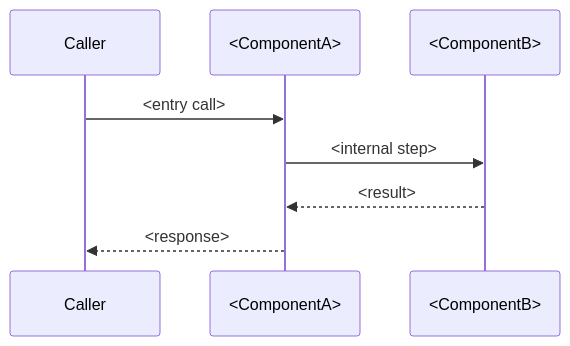
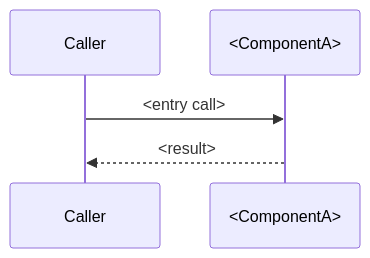
The third of 4 diagrams in docs/templates/package-architecture.template.md (0xTanzim/nextRush), drawn with Mermaid before and after one commit. The commit also changed other lines of this file and 63 other files, not shown here.

````diff
--- a/docs/templates/package-architecture.template.md
+++ b/docs/templates/package-architecture.template.md
@@ -139,10 +157,7 @@
 ```mermaid
 sequenceDiagram
     participant Caller
     participant A as <ComponentA>
-    participant B as <ComponentB>
     Caller->>A: <entry call>
-    A->>B: <internal step>
-    B-->>A: <result>
-    A-->>Caller: <response>
+    A-->>Caller: <result>
 ```
````
